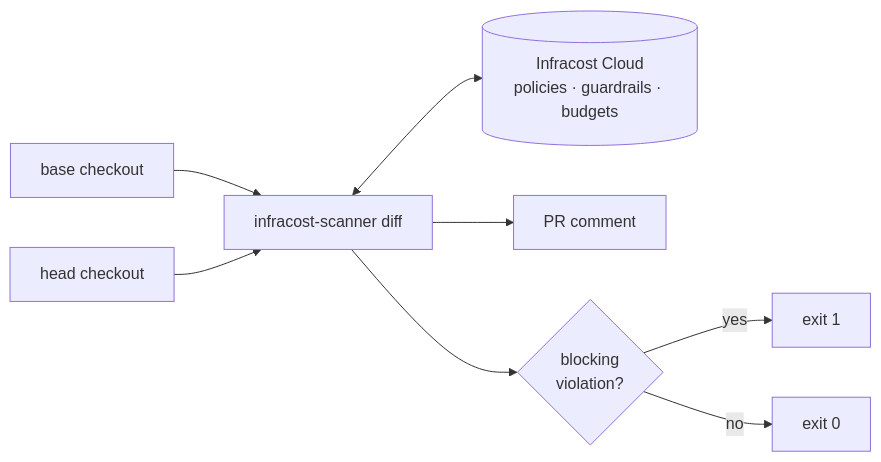
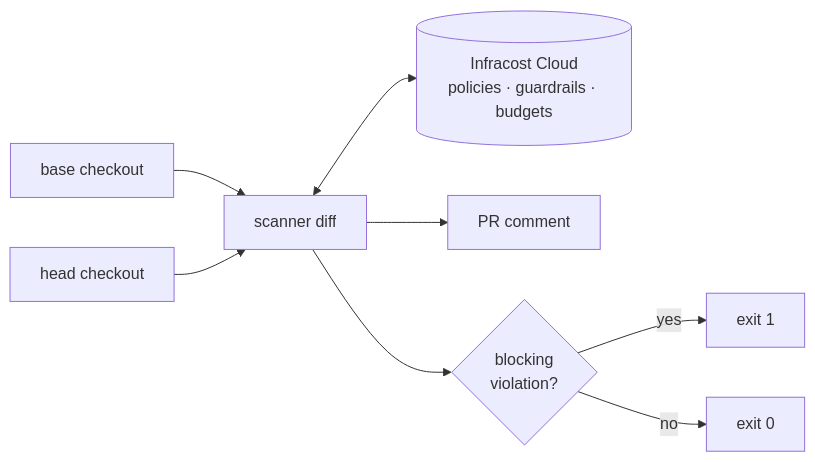
One commit to infracost/ci changed the first of 2 diagrams in README.md. Above: the diagram before and after it, drawn with Mermaid. The commit also changed other lines of this file and 15 other files, not shown here.

````diff
--- a/README.md
+++ b/README.md
@@ -17,10 +18,10 @@
 ```mermaid
 flowchart LR
   base[base checkout] --> scanner
-  head[head checkout] --> scanner["infracost-scanner diff"]
+  head[head checkout] --> scanner["scanner diff"]
   scanner <--> cloud[("Infracost Cloud<br/>policies · guardrails · budgets")]
   scanner --> comment["PR comment"]
   scanner --> gate{"blocking<br/>violation?"}
   gate -->|yes| fail["exit 1"]
   gate -->|no| pass["exit 0"]
 ```
````
